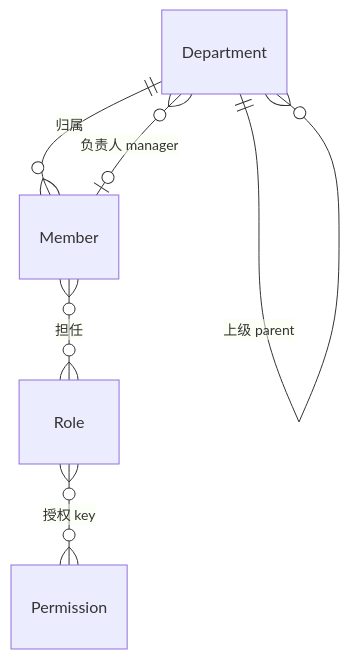
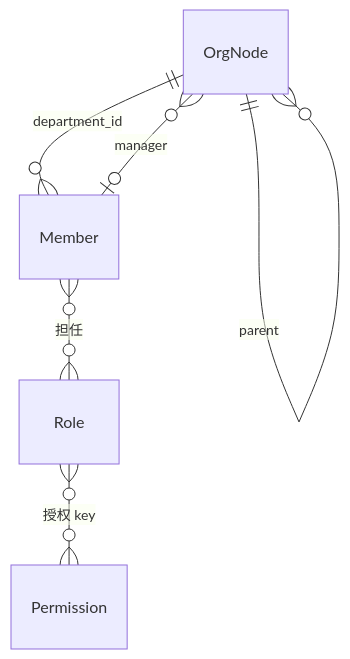
Before and after one commit to quyip8818/mytokenjoy: the fourth of 10 diagrams in docs/Backend-存储架构.md, drawn with Mermaid. The commit also changed other lines of this file and 132 other files, not shown here.

````diff
--- a/docs/Backend-存储架构.md
+++ b/docs/Backend-存储架构.md
@@ -150,8 +116,8 @@
 ```mermaid
 erDiagram
-  Department ||--o{ Department : "上级 parent"
-  Department ||--o{ Member : "归属"
-  Department }o--o| Member : "负责人 manager"
+  OrgNode ||--o{ OrgNode : "parent"
+  OrgNode ||--o{ Member : "department_id"
+  OrgNode }o--o| Member : "manager"
   Member }o--o{ Role : "担任"
   Role }o--o{ Permission : "授权 key"
 ```
````
